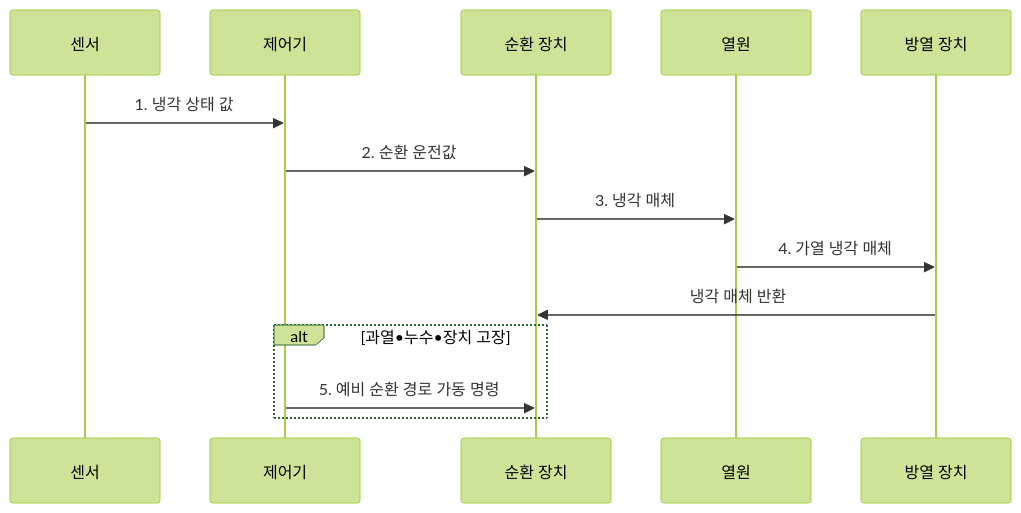
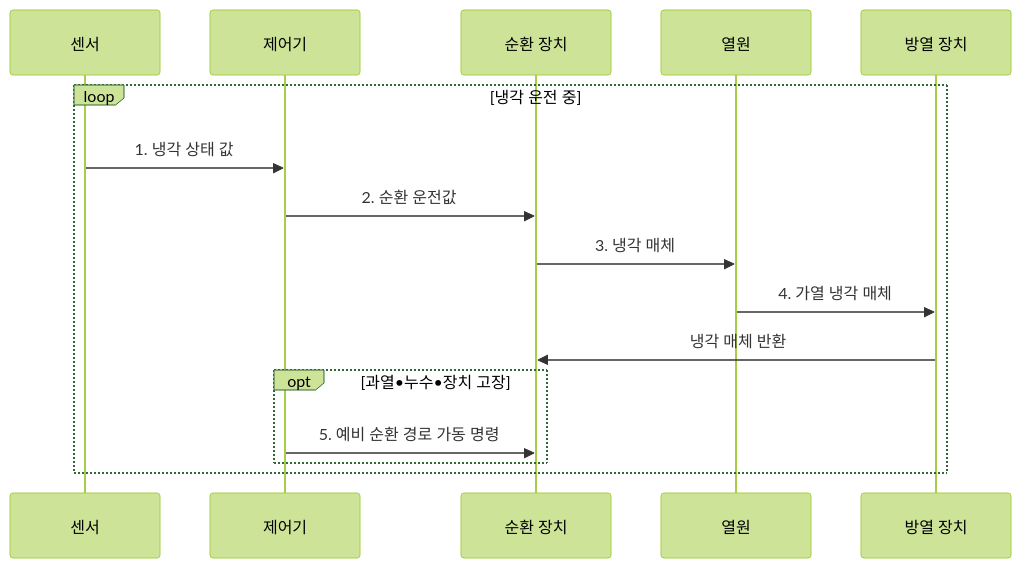
One commit to agnusdei1207/knowledge-base changed the second of 2 diagrams in src/content/docs/notes/02-hardware/057_cooling_system.md. Above: the diagram before and after it, drawn with Mermaid (forest theme). The commit also changed other lines of this file and 14 other files, not shown here.

````diff
--- a/src/content/docs/notes/02-hardware/057_cooling_system.md
+++ b/src/content/docs/notes/02-hardware/057_cooling_system.md
@@ -103,17 +103,19 @@
 ```mermaid
 sequenceDiagram
     participant S as 센서
     participant C as 제어기
     participant P as 순환 장치
     participant H as 열원
     participant X as 방열 장치
 
-    S->>C: 1. 냉각 상태 값
-    C->>P: 2. 순환 운전값
-    P->>H: 3. 냉각 매체
-    H->>X: 4. 가열 냉각 매체
-    X->>P: 냉각 매체 반환
-    alt 과열•누수•장치 고장
-        C->>P: 5. 예비 순환 경로 가동 명령
+    loop 냉각 운전 중
+        S->>C: 1. 냉각 상태 값
+        C->>P: 2. 순환 운전값
+        P->>H: 3. 냉각 매체
+        H->>X: 4. 가열 냉각 매체
+        X->>P: 냉각 매체 반환
+        opt 과열•누수•장치 고장
+            C->>P: 5. 예비 순환 경로 가동 명령
+        end
     end
 ```
````
